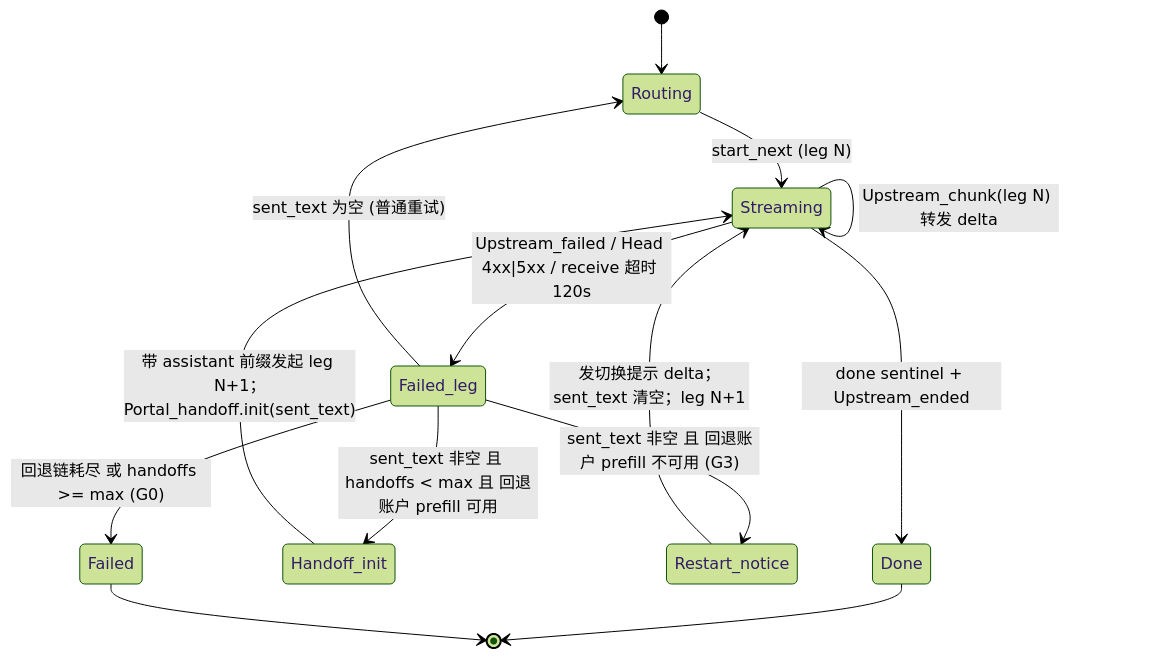
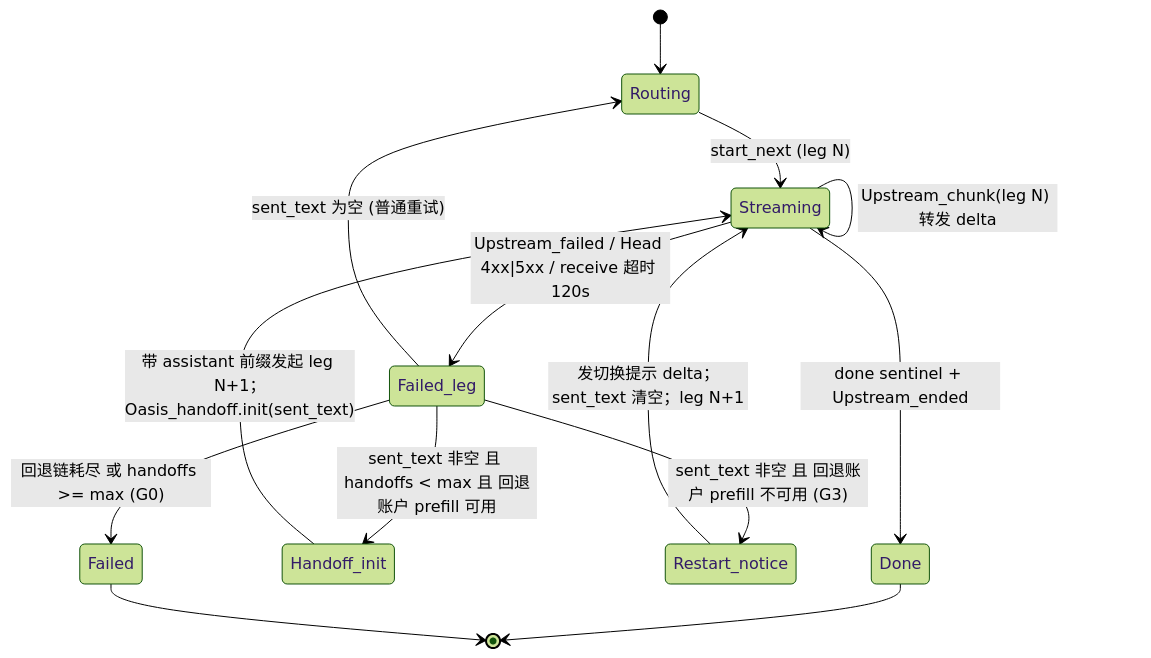
One commit to vajraimb/hello_riot changed the diagram in docs/oasis-spec.md. Above: the diagram before and after it, drawn with Mermaid (forest theme). The commit also changed other lines of this file and 113 other files, not shown here.

````diff
--- a/docs/oasis-spec.md
+++ b/docs/oasis-spec.md
@@ -393,16 +394,16 @@
 ```mermaid
 stateDiagram-v2
     [*] --> Routing
     Routing --> Streaming: start_next (leg N)
     Streaming --> Streaming: Upstream_chunk(leg N) 转发 delta
     Streaming --> Done: done sentinel + Upstream_ended
     Streaming --> Failed_leg: Upstream_failed / Head 4xx|5xx / receive 超时 120s
     Failed_leg --> Routing: sent_text 为空 (普通重试)
     Failed_leg --> Handoff_init: sent_text 非空 且 handoffs < max 且 回退账户 prefill 可用
     Failed_leg --> Restart_notice: sent_text 非空 且 回退账户 prefill 不可用 (G3)
     Failed_leg --> Failed: 回退链耗尽 或 handoffs >= max (G0)
-    Handoff_init --> Streaming: 带 assistant 前缀发起 leg N+1；Portal_handoff.init(sent_text)
+    Handoff_init --> Streaming: 带 assistant 前缀发起 leg N+1；Oasis_handoff.init(sent_text)
     Restart_notice --> Streaming: 发切换提示 delta；sent_text 清空；leg N+1
     Done --> [*]
     Failed --> [*]
 ```
````
